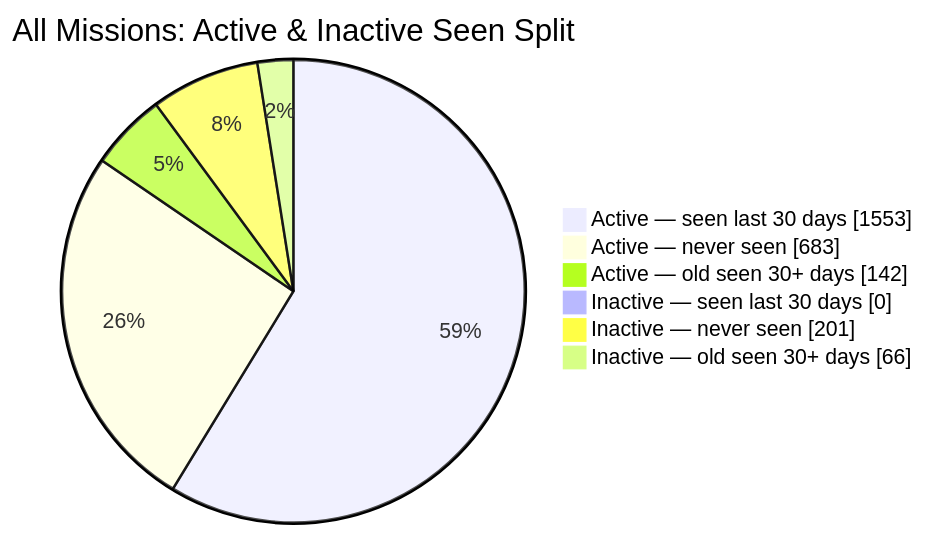
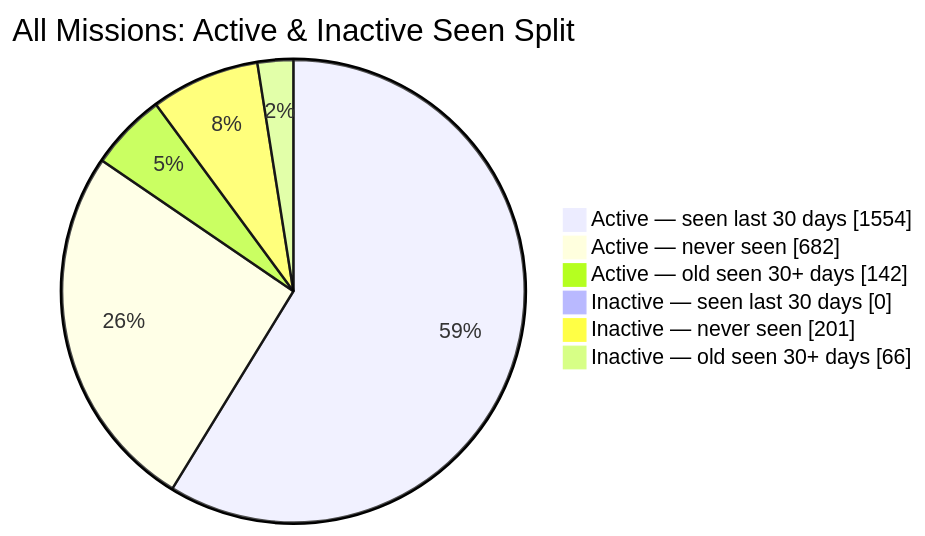
The second of 2 diagrams in README.md (MeldkamerspelGameTeam/active-missions), drawn with Mermaid before and after one commit. The commit also changed other lines of this file and 2 other files, not shown here.

````diff
--- a/README.md
+++ b/README.md
@@ -44,10 +44,10 @@
 ```mermaid
 pie showData
     title All Missions: Active & Inactive Seen Split
-    "Active — seen last 30 days" : 1553
-    "Active — never seen" : 683
+    "Active — seen last 30 days" : 1554
+    "Active — never seen" : 682
     "Active — old seen 30+ days" : 142
     "Inactive — seen last 30 days" : 0
     "Inactive — never seen" : 201
     "Inactive — old seen 30+ days" : 66
 ```
````
